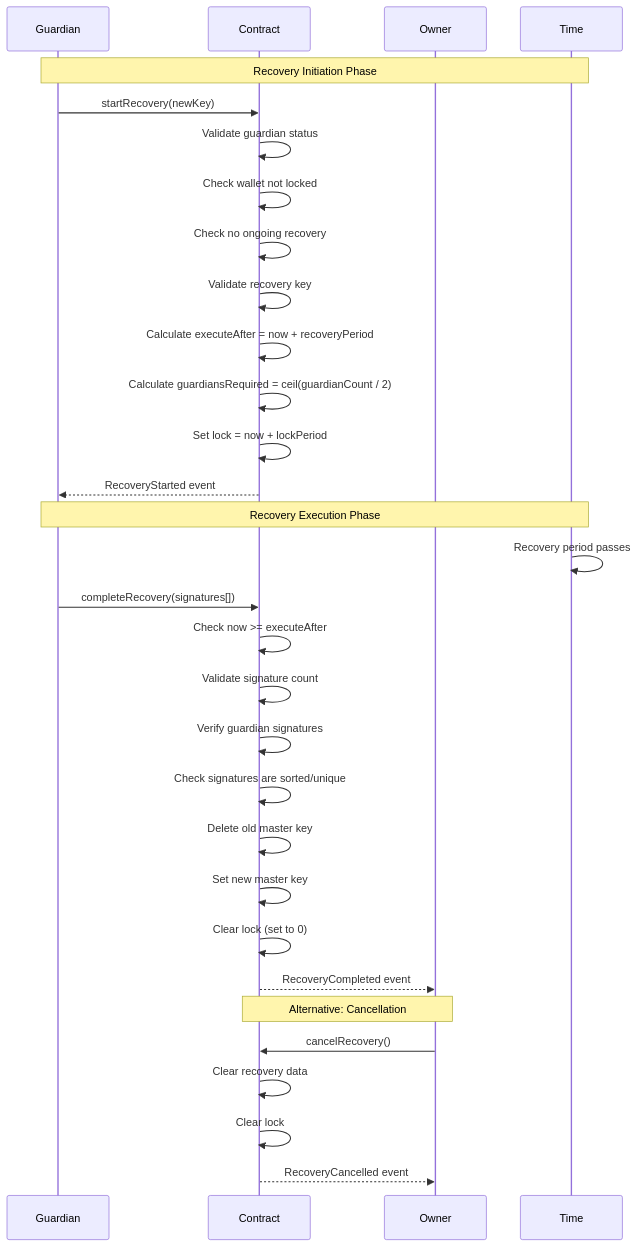
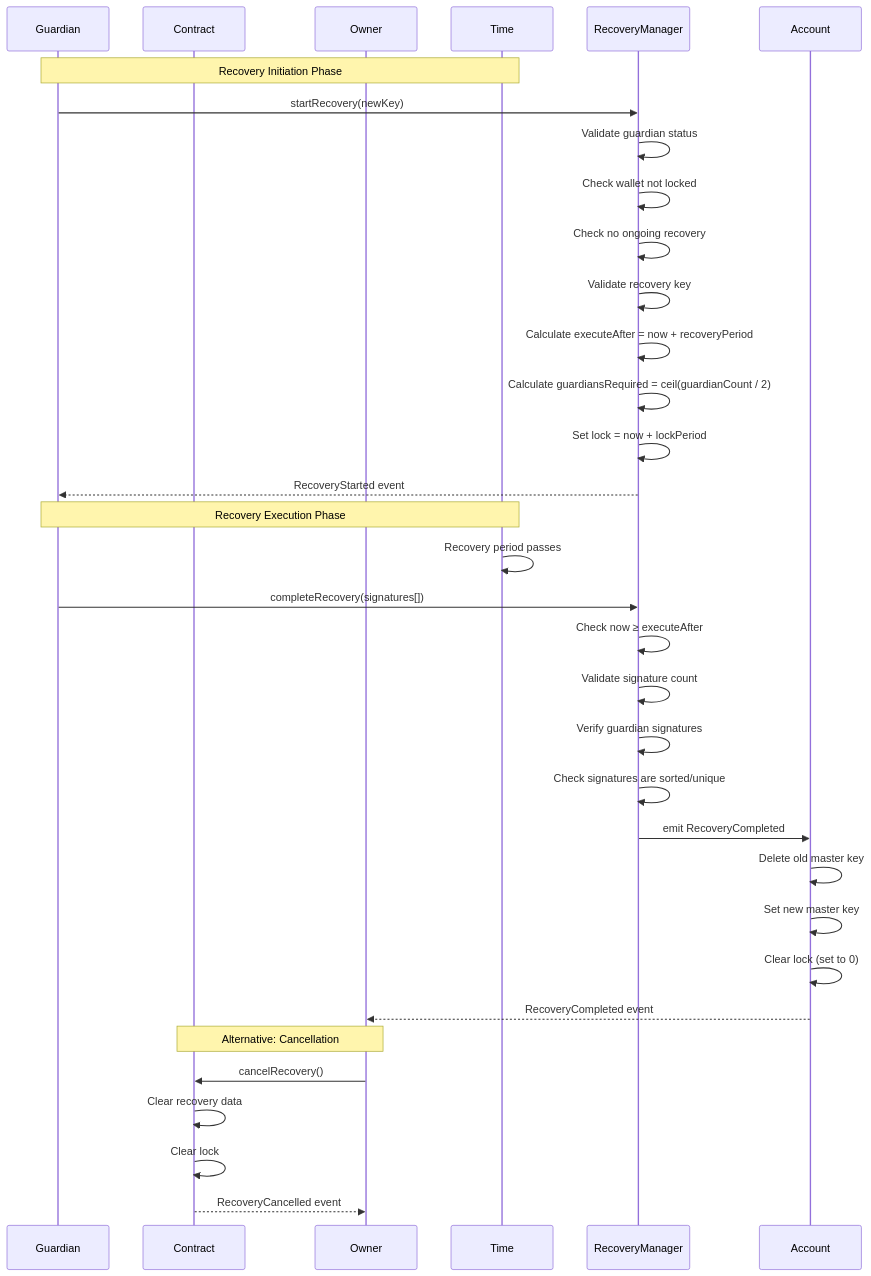
Before and after one commit to openfort-xyz/openfort-7702-account: the fifth of 7 diagrams in docs/Recovery.md, drawn with Mermaid. The commit also changed other lines of this file and 1 other file, not shown here.

Commit message:
(docs) Session Keys and Recovery

````diff
--- a/docs/Recovery.md
+++ b/docs/Recovery.md
@@ -226,37 +231,38 @@
 ```mermaid
 sequenceDiagram
     participant Guardian
     participant Contract
     participant Owner
     participant Time
 
     Note over Guardian,Time: Recovery Initiation Phase
-    Guardian->>Contract: startRecovery(newKey)
-    Contract->>Contract: Validate guardian status
-    Contract->>Contract: Check wallet not locked
-    Contract->>Contract: Check no ongoing recovery
-    Contract->>Contract: Validate recovery key
-    Contract->>Contract: Calculate executeAfter = now + recoveryPeriod
-    Contract->>Contract: Calculate guardiansRequired = ceil(guardianCount / 2)
-    Contract->>Contract: Set lock = now + lockPeriod
-    Contract-->>Guardian: RecoveryStarted event
+    Guardian->>RecoveryManager: startRecovery(newKey)
+    RecoveryManager->>RecoveryManager: Validate guardian status
+    RecoveryManager->>RecoveryManager: Check wallet not locked
+    RecoveryManager->>RecoveryManager: Check no ongoing recovery
+    RecoveryManager->>RecoveryManager: Validate recovery key
+    RecoveryManager->>RecoveryManager: Calculate executeAfter = now + recoveryPeriod
+    RecoveryManager->>RecoveryManager: Calculate guardiansRequired = ceil(guardianCount / 2)
+    RecoveryManager->>RecoveryManager: Set lock = now + lockPeriod
+    RecoveryManager-->>Guardian: RecoveryStarted event
     
     Note over Guardian,Time: Recovery Execution Phase
     Time->>Time: Recovery period passes
     
-    Guardian->>Contract: completeRecovery(signatures[])
-    Contract->>Contract: Check now >= executeAfter
-    Contract->>Contract: Validate signature count
-    Contract->>Contract: Verify guardian signatures
-    Contract->>Contract: Check signatures are sorted/unique
-    Contract->>Contract: Delete old master key
-    Contract->>Contract: Set new master key
-    Contract->>Contract: Clear lock (set to 0)
-    Contract-->>Owner: RecoveryCompleted event
+    Guardian->>RecoveryManager: completeRecovery(signatures[])
+    RecoveryManager->>RecoveryManager: Check now ≥ executeAfter
+    RecoveryManager->>RecoveryManager: Validate signature count
+    RecoveryManager->>RecoveryManager: Verify guardian signatures
+    RecoveryManager->>RecoveryManager: Check signatures are sorted/unique
+    RecoveryManager->>Account: emit RecoveryCompleted
+    Account->>Account: Delete old master key
+    Account->>Account: Set new master key
+    Account->>Account: Clear lock (set to 0)
+    Account-->>Owner: RecoveryCompleted event
     
     Note over Owner,Contract: Alternative: Cancellation
     Owner->>Contract: cancelRecovery()
     Contract->>Contract: Clear recovery data
     Contract->>Contract: Clear lock
     Contract-->>Owner: RecoveryCancelled event
 ```
````
